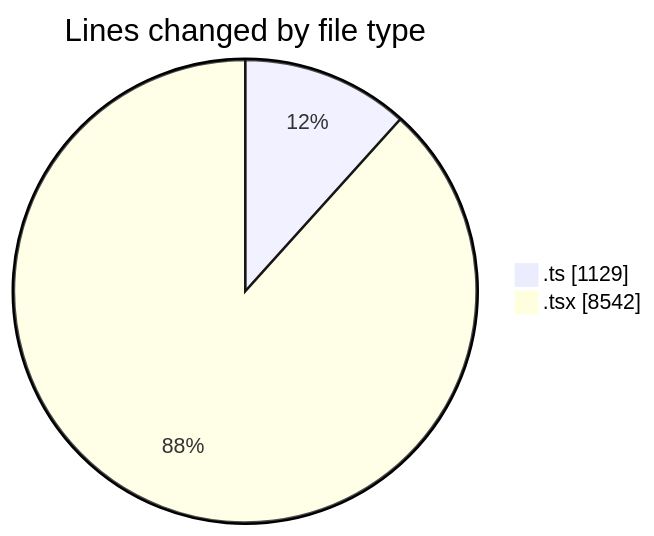
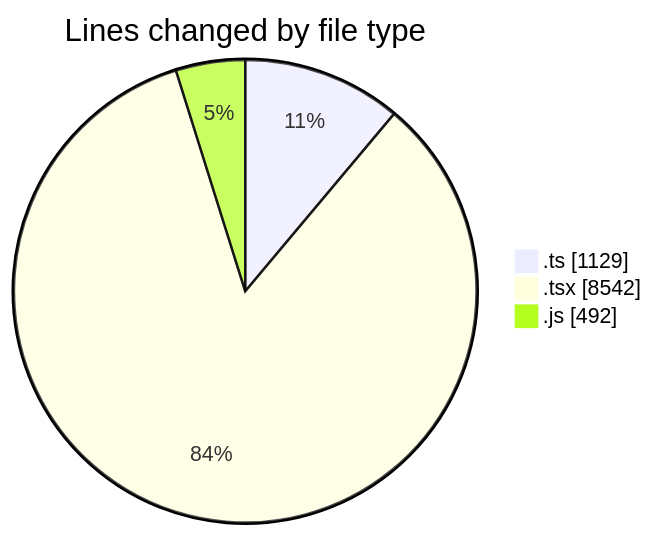
The first of 2 diagrams in 2025-09-02/cda/README.md (momahboobian/code-tracking), drawn with Mermaid before and after one commit. The commit also changed other lines of this file and 1 other file, not shown here.

````diff
--- a/2025-09-02/cda/README.md
+++ b/2025-09-02/cda/README.md
@@ -30,6 +31,7 @@
 ```mermaid
 pie showData
 title Lines changed by file type
 ".ts" : 1129
 ".tsx" : 8542
+".js" : 492
 ```
````
